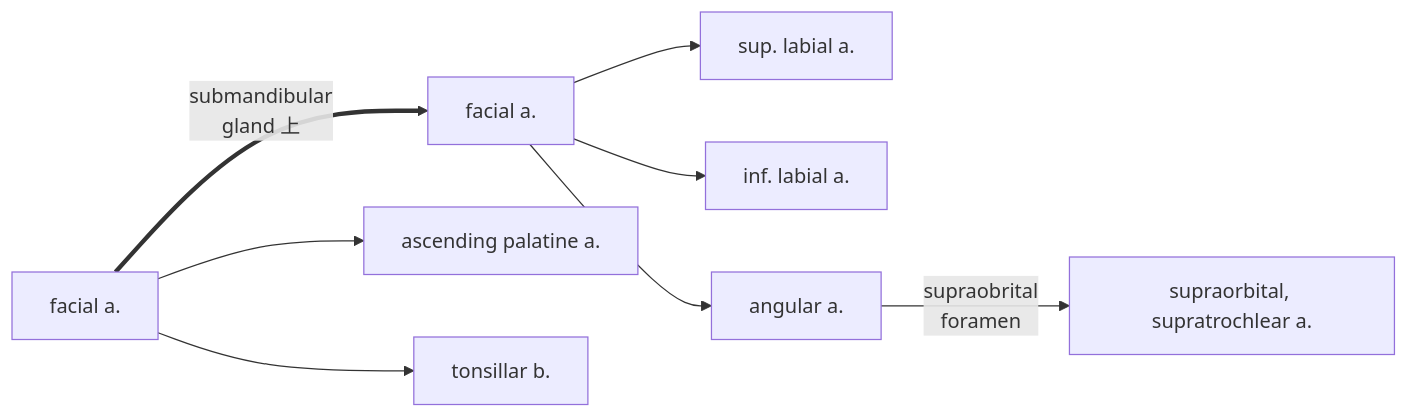
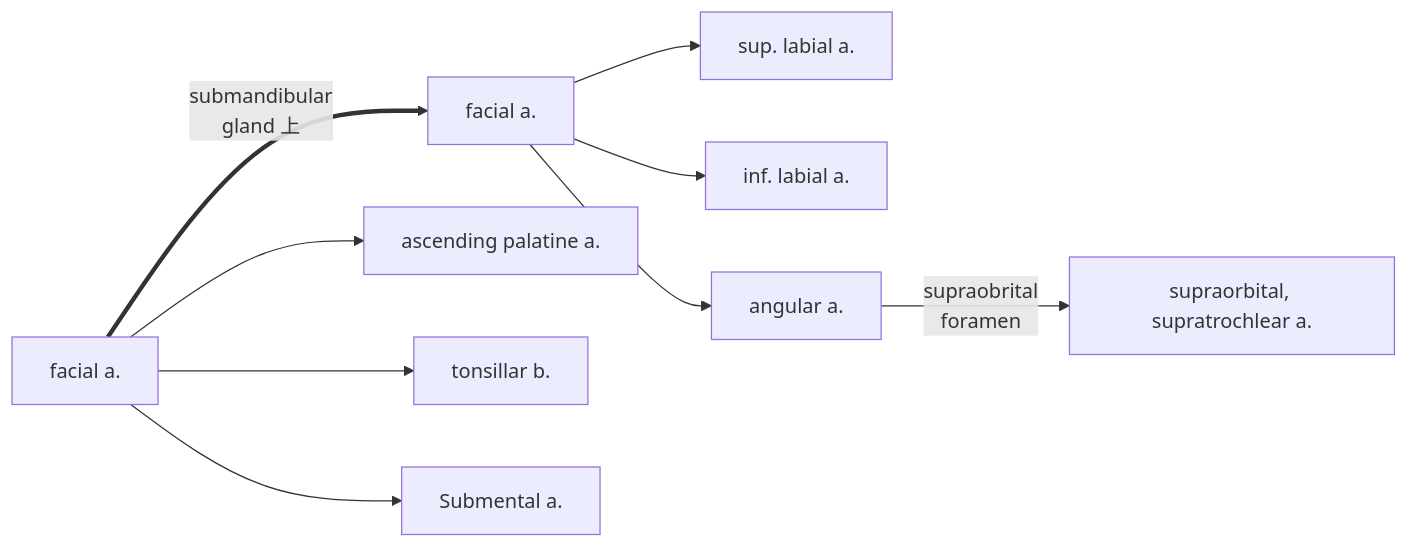
Before and after one commit to hsiu-chan/notebook: the fourth of 21 diagrams in notes/二上/口解.md, drawn with Mermaid. The commit also changed other lines of this file and 38 other files, not shown here.

````diff
--- a/notes/二上/口解.md
+++ b/notes/二上/口解.md
@@ -122,12 +127,13 @@
 ```mermaid
 graph LR
 1[facial a.]
 
 1-->2[sup. labial a.]
 1-->3[inf. labial a.]
 1-->4[angular a.]
 4--supraobrital <br> foramen-->11[supraorbital, supratrochlear a.]
 10[facial a.]==submandibular<br>gland 上==>1
 10-->a[ascending palatine a.]
 10-->t[tonsillar b.]
+10--> s[Submental a.]
 ```
````
